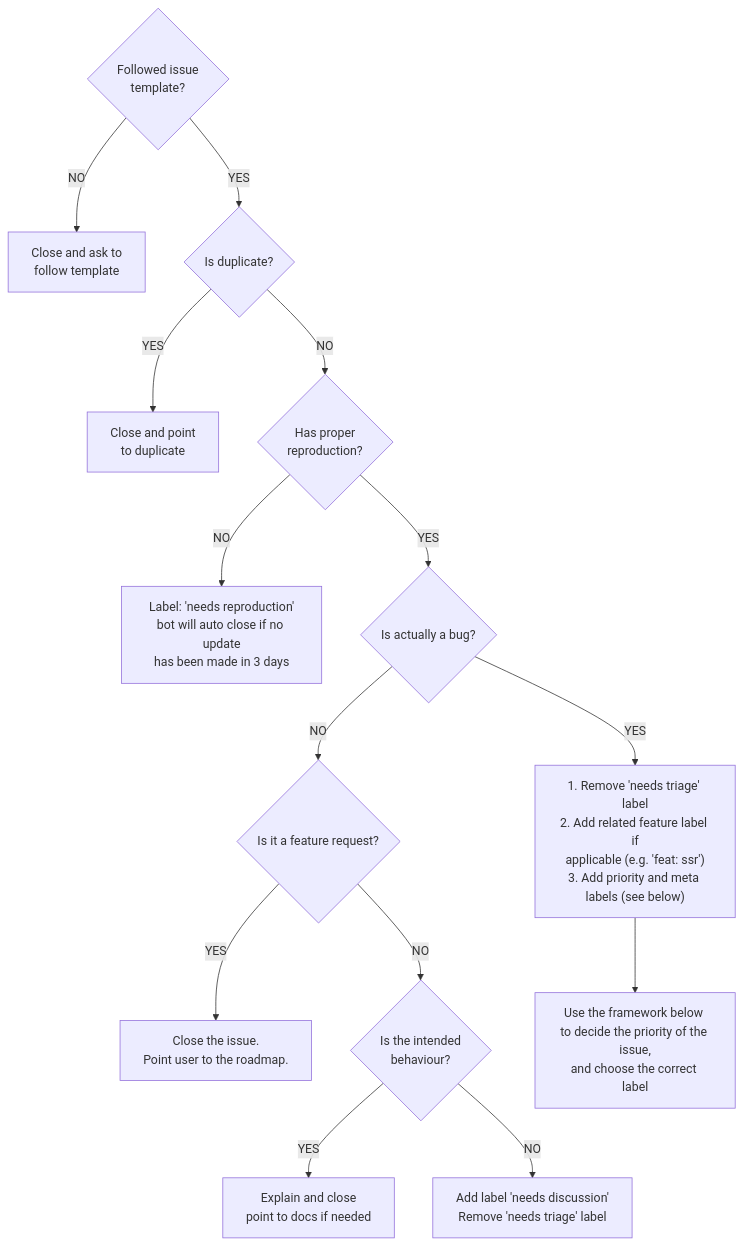
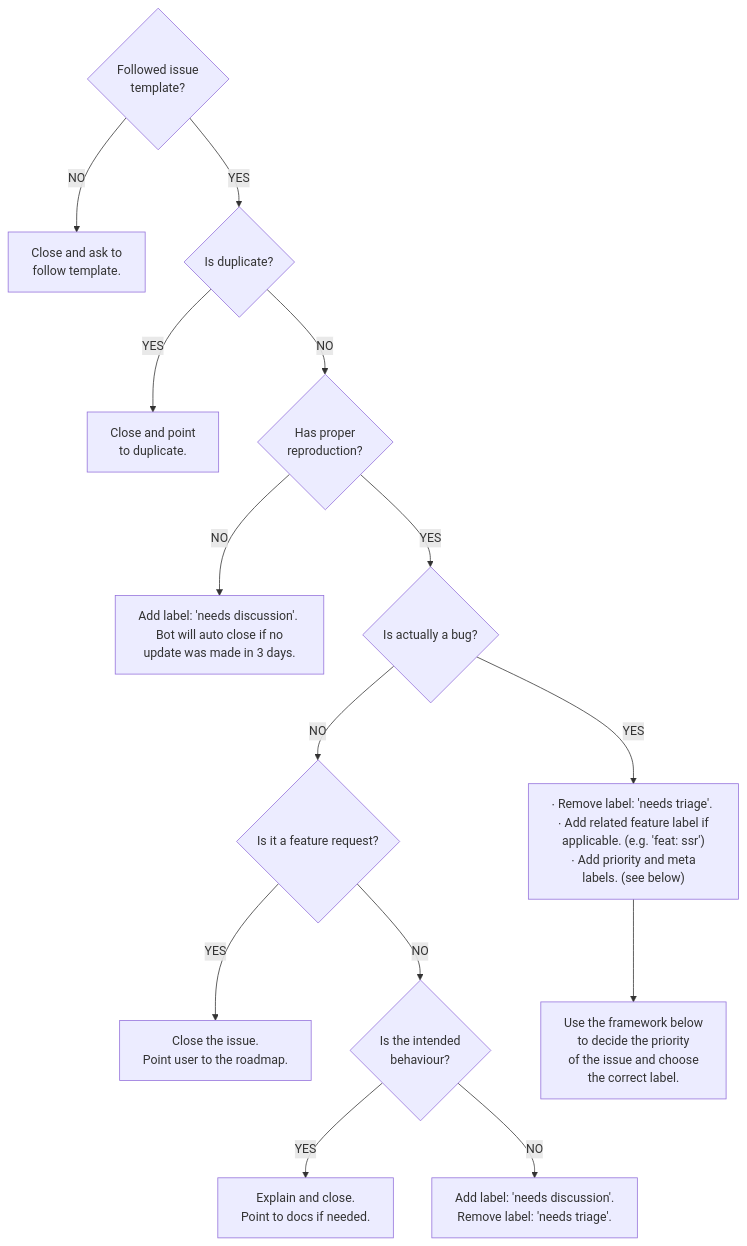
Before and after one commit to withastro/astro: the diagram in CONTRIBUTING.md, drawn with Mermaid.

Commit message:
fix: line breaks, bad text breaks in mermaid diagram

````diff
--- a/CONTRIBUTING.md
+++ b/CONTRIBUTING.md
@@ -235,18 +235,19 @@
 ```mermaid
 graph TD;
-    start{Followed issue\ntemplate?}
-    start --NO--> close1[Close and ask to\nfollow template]
+    start{Followed issue <br/> template?}
+    start --NO--> close1[Close and ask to <br/> follow template.]
     start --YES--> dupe{Is duplicate?}
-    dupe --YES--> close2[Close and point\nto duplicate]
-    dupe --NO--> repro{Has proper\nreproduction?}
-    repro --NO--> close3[Label: 'needs reproduction'\nbot will auto close if no update\nhas been made in 3 days]
+    dupe --YES--> close2[Close and point <br/> to duplicate.]
+    dupe --NO--> repro{Has proper <br/> reproduction?}
+    repro --NO--> close3[Add&nbsp;label:&nbsp;'needs&nbsp;discussion'. <br/> Bot will auto close if no <br/>update was made in 3 days.]
     repro --YES--> real{Is actually a bug?}
     real --NO--> maybefeat{Is it a feature request?}
-    maybefeat -- YES --> roadmap[Close the issue.\n Point user to the roadmap.]
-    maybefeat -- NO --> intended{Is the intended\nbehaviour?}
-    intended --YES--> explain[Explain and close\npoint to docs if needed]
-    intended --NO--> open[Add label 'needs discussion'\nRemove 'needs triage' label]
-    real --YES--> real2["1. Remove 'needs triage' label\n2. Add related feature label if\napplicable (e.g. 'feat: ssr')\n3. Add priority and meta labels (see below)"]
-    real2 --> tolabel[Use the framework below to decide the priority of the issue,\nand choose the correct label]
+    maybefeat -- YES --> roadmap[Close the issue. <br/> Point user to the roadmap.]
+    maybefeat -- NO --> intended{Is the intended <br/> behaviour?}
+    intended --YES--> explain[Explain and close. <br/> Point to docs if needed.]
+    intended --NO--> open[Add&nbsp;label:&nbsp;'needs&nbsp;discussion'.<br/>Remove&nbsp;label:&nbsp;'needs&nbsp;triage'.]
+    real --YES--> real2["∙&nbsp;Remove&nbsp;label:&nbsp;'needs&nbsp;triage'. <br/> ∙ Add related feature label if <br/> applicable. (e.g. 'feat: ssr') <br/> ∙ Add priority and meta labels. (see below)"]
+    style real2 text-wrap:balance
+    real2 --> tolabel[Use the framework below <br/> to decide the priority <br/> of the issue and choose <br/> the correct label.]
 
 ```
````
